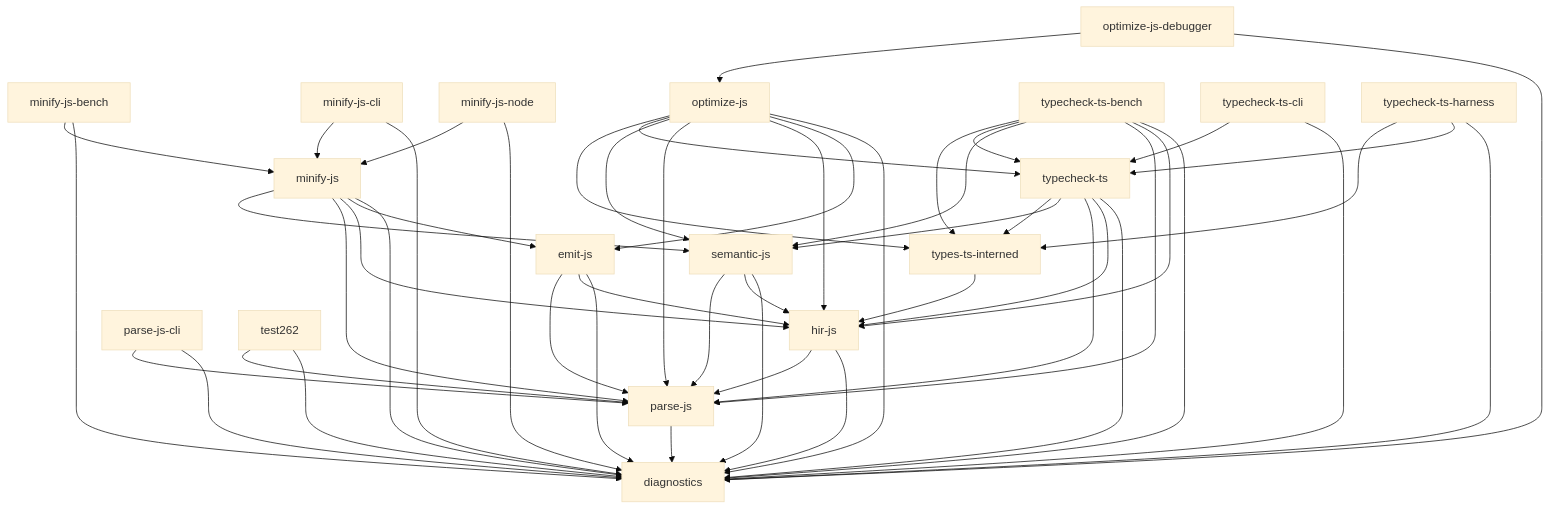
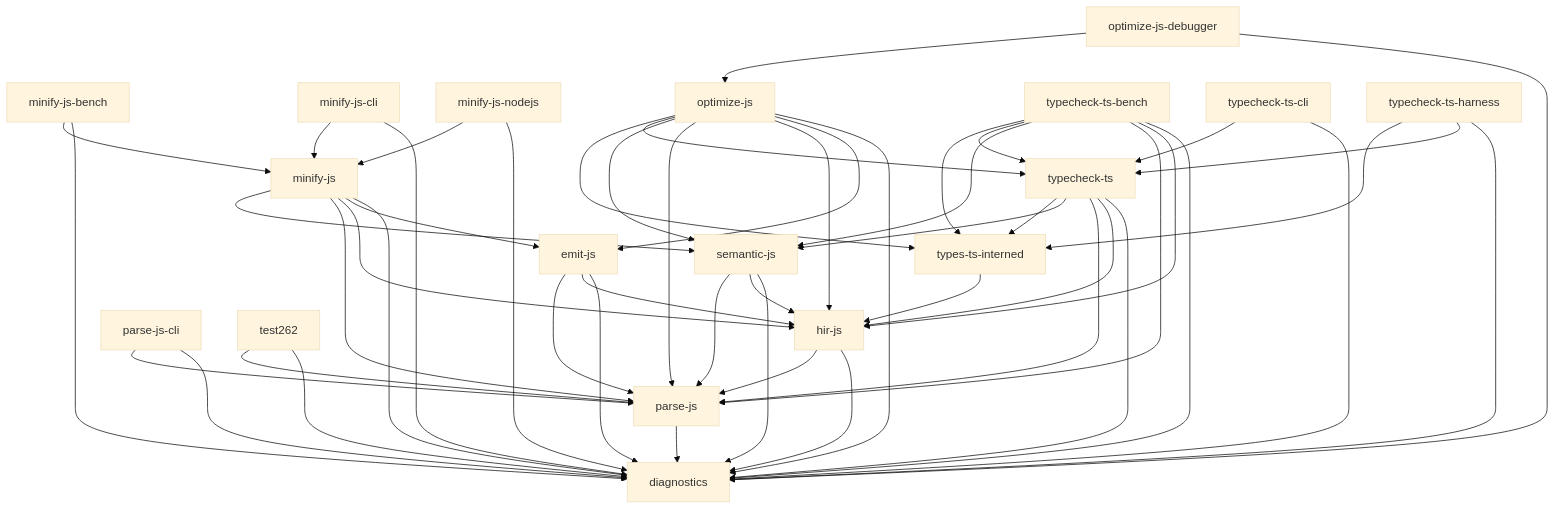
The diagram in docs/deps.md (wilsonzlin/ecma-rs), drawn with Mermaid (base theme) before and after one commit.

Commit message:
docs: refresh deps graph after renaming minify-js-nodejs

````diff
--- a/docs/deps.md
+++ b/docs/deps.md
@@ -7,71 +7,71 @@
 ```mermaid
 graph TD
     diagnostics["diagnostics"]
     emit_js["emit-js"]
     hir_js["hir-js"]
     minify_js["minify-js"]
     minify_js_bench["minify-js-bench"]
     minify_js_cli["minify-js-cli"]
-    minify_js_node["minify-js-node"]
+    minify_js_nodejs["minify-js-nodejs"]
     optimize_js["optimize-js"]
     optimize_js_debugger["optimize-js-debugger"]
     parse_js["parse-js"]
     parse_js_cli["parse-js-cli"]
     semantic_js["semantic-js"]
     test262["test262"]
     typecheck_ts["typecheck-ts"]
     typecheck_ts_bench["typecheck-ts-bench"]
     typecheck_ts_cli["typecheck-ts-cli"]
     typecheck_ts_harness["typecheck-ts-harness"]
     types_ts_interned["types-ts-interned"]
     emit_js --> diagnostics
     emit_js --> hir_js
     emit_js --> parse_js
     hir_js --> diagnostics
     hir_js --> parse_js
     minify_js --> diagnostics
     minify_js --> emit_js
     minify_js --> hir_js
     minify_js --> parse_js
     minify_js --> semantic_js
     minify_js_bench --> diagnostics
     minify_js_bench --> minify_js
     minify_js_cli --> diagnostics
     minify_js_cli --> minify_js
-    minify_js_node --> diagnostics
-    minify_js_node --> minify_js
+    minify_js_nodejs --> diagnostics
+    minify_js_nodejs --> minify_js
     optimize_js --> diagnostics
     optimize_js --> emit_js
     optimize_js --> hir_js
     optimize_js --> parse_js
     optimize_js --> semantic_js
     optimize_js --> typecheck_ts
     optimize_js --> types_ts_interned
     optimize_js_debugger --> diagnostics
     optimize_js_debugger --> optimize_js
     parse_js --> diagnostics
     parse_js_cli --> diagnostics
     parse_js_cli --> parse_js
     semantic_js --> diagnostics
     semantic_js --> hir_js
     semantic_js --> parse_js
     test262 --> diagnostics
     test262 --> parse_js
     typecheck_ts --> diagnostics
     typecheck_ts --> hir_js
     typecheck_ts --> parse_js
     typecheck_ts --> semantic_js
     typecheck_ts --> types_ts_interned
     typecheck_ts_bench --> diagnostics
     typecheck_ts_bench --> hir_js
     typecheck_ts_bench --> parse_js
     typecheck_ts_bench --> semantic_js
     typecheck_ts_bench --> typecheck_ts
     typecheck_ts_bench --> types_ts_interned
     typecheck_ts_cli --> diagnostics
     typecheck_ts_cli --> typecheck_ts
     typecheck_ts_harness --> diagnostics
     typecheck_ts_harness --> typecheck_ts
     typecheck_ts_harness --> types_ts_interned
     types_ts_interned --> hir_js
 ```
````
